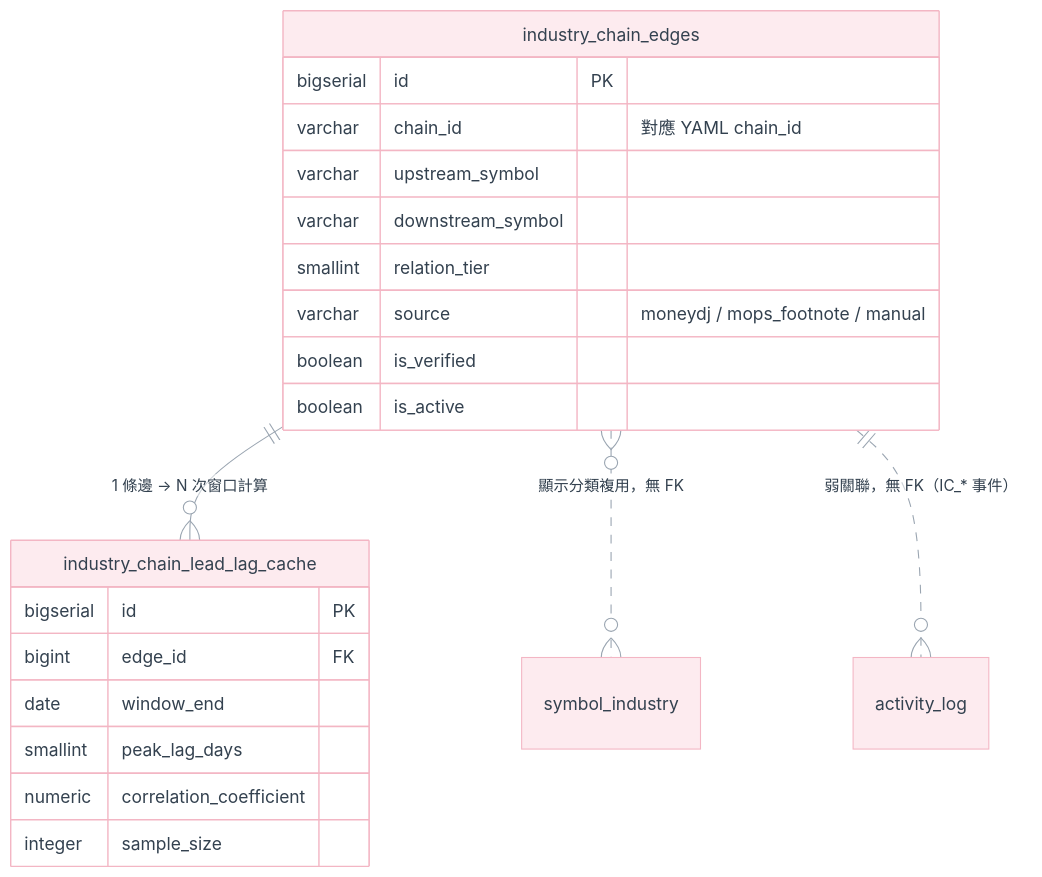
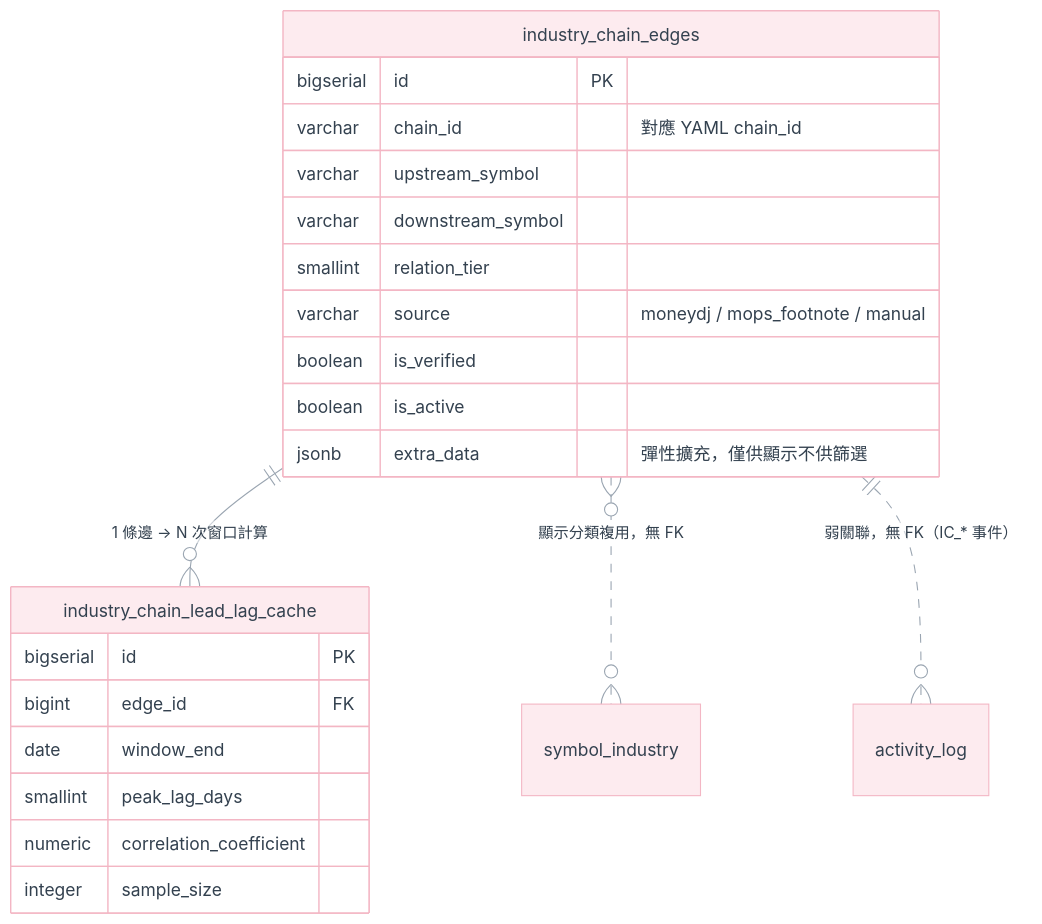
One commit to jacksonlee-tw/mystock-vue changed the second of 2 diagrams in mystock-vue/docs/16.AI技術分析/Phase3-產業鏈知識圖譜與輪動模型.md. Above: the diagram before and after it, drawn with Mermaid. The commit also changed other lines of this file and 4 other files, not shown here.

````diff
--- a/mystock-vue/docs/16.AI技術分析/Phase3-產業鏈知識圖譜與輪動模型.md
+++ b/mystock-vue/docs/16.AI技術分析/Phase3-產業鏈知識圖譜與輪動模型.md
@@ -373,37 +425,38 @@
 ```mermaid
 %%{init: {
   "theme": "base",
   "themeVariables": {
     "background": "#ffffff",
     "primaryColor": "#FDEBEF",
     "primaryBorderColor": "#F3B6C4",
     "primaryTextColor": "#33414F",
     "lineColor": "#9AA5B1",
     "textColor": "#33414F",
     "fontFamily": "Segoe UI, sans-serif"
   }
 }}%%
 erDiagram
     industry_chain_edges ||--o{ industry_chain_lead_lag_cache : "1 條邊 → N 次窗口計算"
     industry_chain_edges }o..o{ symbol_industry : "顯示分類複用，無 FK"
     industry_chain_edges ||..o{ activity_log : "弱關聯，無 FK（IC_* 事件）"
 
     industry_chain_edges {
         bigserial id PK
         varchar   chain_id         "對應 YAML chain_id"
         varchar   upstream_symbol
         varchar   downstream_symbol
         smallint  relation_tier
         varchar   source           "moneydj / mops_footnote / manual"
         boolean   is_verified
         boolean   is_active
+        jsonb     extra_data       "彈性擴充，僅供顯示不供篩選"
     }
     industry_chain_lead_lag_cache {
         bigserial id PK
         bigint    edge_id FK
         date      window_end
         smallint  peak_lag_days
         numeric   correlation_coefficient
         integer   sample_size
     }
 ```
````
